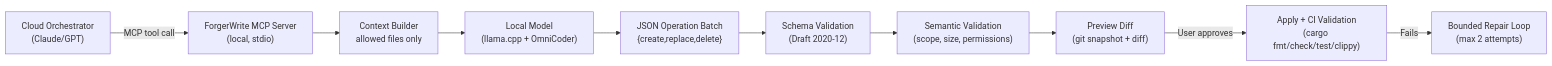
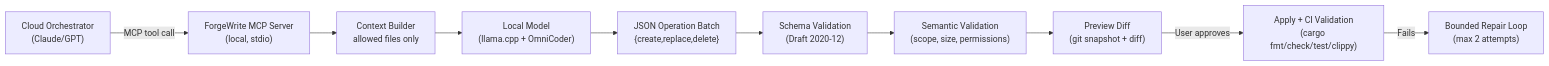
Before and after one commit to EricA1019/ForgeWrite: the diagram in README.md, drawn with Mermaid. The commit also changed other lines of this file and 23 other files, not shown here.

````diff
--- a/README.md
+++ b/README.md
@@ -36,12 +36,12 @@
 ```mermaid
 flowchart LR
-    Cloud["Cloud Orchestrator\n(Claude/GPT)"] -->|MCP tool call| Server["ForgerWrite MCP Server\n(local, stdio)"]
+    Cloud["Cloud Orchestrator\n(Claude/GPT)"] -->|MCP tool call| Server["ForgeWrite MCP Server\n(local, stdio)"]
     Server --> Context["Context Builder\nallowed files only"]
     Context --> Model["Local Model\n(llama.cpp + OmniCoder)"]
     Model --> Ops["JSON Operation Batch\n{create,replace,delete}"]
     Ops --> Schema["Schema Validation\n(Draft 2020-12)"]
     Schema --> Semantic["Semantic Validation\n(scope, size, permissions)"]
     Semantic --> Preview["Preview Diff\n(git snapshot + diff)"]
     Preview -->|User approves| Apply["Apply + CI Validation\n(cargo fmt/check/test/clippy)"]
     Apply -->|Fails| Repair["Bounded Repair Loop\n(max 2 attempts)"]
 ```
````
